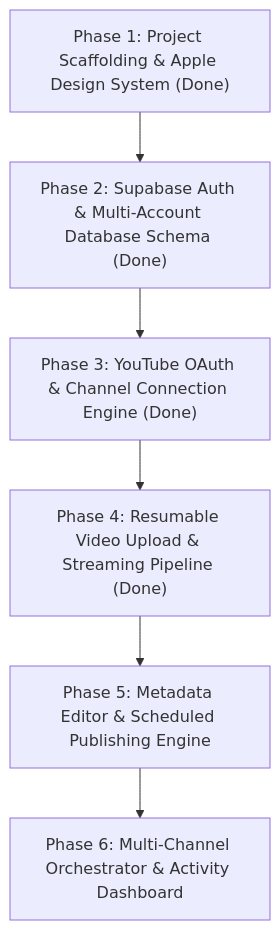
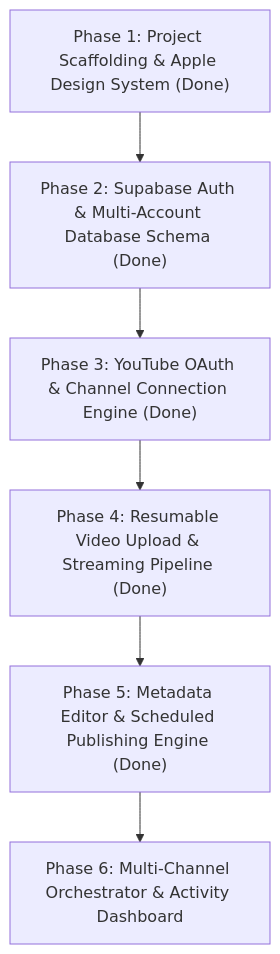
One commit to nil-frontend/Social-Hub changed the diagram in .planning/ROADMAP.md. Above: the diagram before and after it, drawn with Mermaid. The commit also changed other lines of this file and 7 other files, not shown here.

Commit message:
feat(phase-5): complete rich metadata editor, category dictionary, custom thumbnail upload, and scheduled release picker

````diff
--- a/.planning/ROADMAP.md
+++ b/.planning/ROADMAP.md
@@ -5,8 +5,8 @@
 ```mermaid
 flowchart TD
     P1["Phase 1: Project Scaffolding & Apple Design System (Done)"] --> P2["Phase 2: Supabase Auth & Multi-Account Database Schema (Done)"]
     P2 --> P3["Phase 3: YouTube OAuth & Channel Connection Engine (Done)"]
     P3 --> P4["Phase 4: Resumable Video Upload & Streaming Pipeline (Done)"]
-    P4 --> P5["Phase 5: Metadata Editor & Scheduled Publishing Engine"]
+    P4 --> P5["Phase 5: Metadata Editor & Scheduled Publishing Engine (Done)"]
     P5 --> P6["Phase 6: Multi-Channel Orchestrator & Activity Dashboard"]
 ```
````
